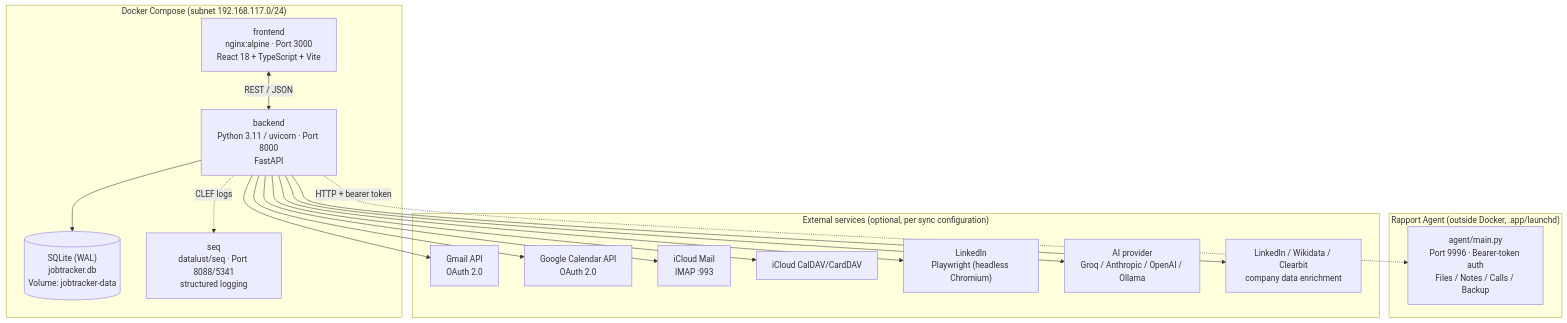
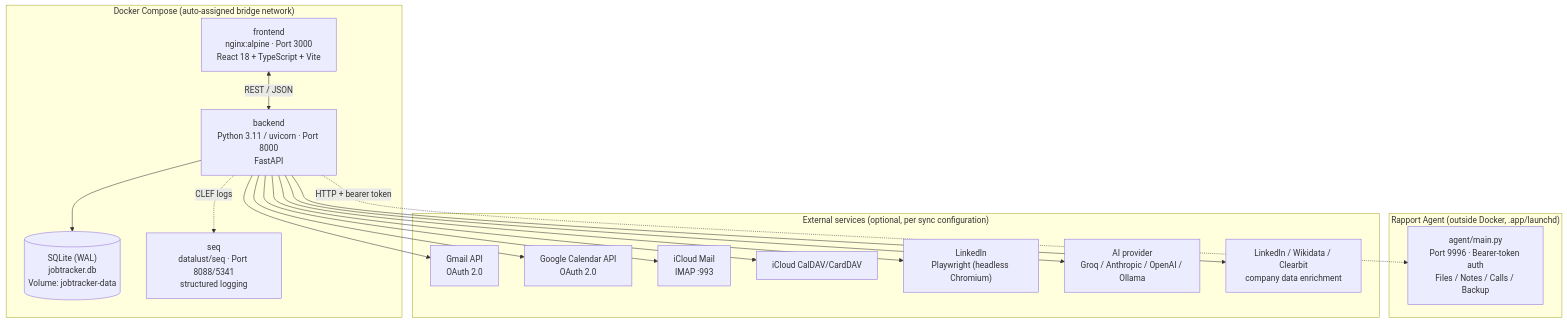
One commit to EGulinsky/rapport changed the first of 9 diagrams in docs/ARCHITECTURE.md. Above: the diagram before and after it, drawn with Mermaid. The commit also changed other lines of this file and 3 other files, not shown here.

````diff
--- a/docs/ARCHITECTURE.md
+++ b/docs/ARCHITECTURE.md
@@ -25,35 +25,35 @@
 ```mermaid
 flowchart TB
-    subgraph Docker["Docker Compose (subnet 192.168.117.0/24)"]
+    subgraph Docker["Docker Compose (auto-assigned bridge network)"]
         FE["frontend<br/>nginx:alpine · Port 3000<br/>React 18 + TypeScript + Vite"]
         BE["backend<br/>Python 3.11 / uvicorn · Port 8000<br/>FastAPI"]
         DB[("SQLite (WAL)<br/>jobtracker.db<br/>Volume: jobtracker-data")]
         SEQ["seq<br/>datalust/seq · Port 8088/5341<br/>structured logging"]
         FE <-->|"REST / JSON"| BE
         BE --> DB
         BE -.->|"CLEF logs"| SEQ
     end
 
     subgraph Agent["Rapport Agent (outside Docker, .app/launchd)"]
         AgentSvc["agent/main.py<br/>Port 9996 · Bearer-token auth<br/>Files / Notes / Calls / Backup"]
     end
 
     subgraph External["External services (optional, per sync configuration)"]
         Gmail["Gmail API<br/>OAuth 2.0"]
         GCal["Google Calendar API<br/>OAuth 2.0"]
         ICloudMail["iCloud Mail<br/>IMAP :993"]
         ICloudCal["iCloud CalDAV/CardDAV"]
         LinkedIn["LinkedIn<br/>Playwright (headless Chromium)"]
         AIProvider["AI provider<br/>Groq / Anthropic / OpenAI / Ollama"]
         Enrichment["LinkedIn / Wikidata / Clearbit<br/>company data enrichment"]
     end
 
     BE --> Gmail
     BE --> GCal
     BE --> ICloudMail
     BE --> ICloudCal
     BE --> LinkedIn
     BE --> AIProvider
     BE --> Enrichment
     BE -.->|"HTTP + bearer token"| AgentSvc
 ```
````
